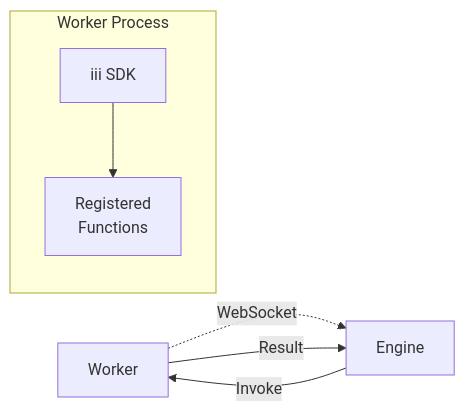
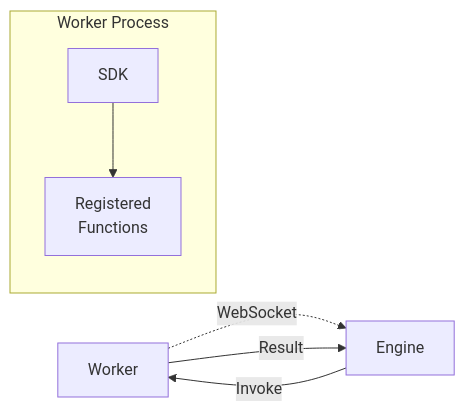
One commit to iii-hq/docs changed the first of 3 diagrams in content/workers.mdx. Above: the diagram before and after it, drawn with Mermaid. The commit also changed other lines of this file and 91 other files, not shown here.

````diff
--- a/content/workers.mdx
+++ b/content/workers.mdx
@@ -22,12 +22,12 @@
 ```mermaid
 graph LR
     Worker[Worker] -.->|WebSocket| Engine[Engine]
     Engine -->|Invoke| Worker
     Worker -->|Result| Engine
 
     subgraph "Worker Process"
-        SDK[iii SDK]
+        SDK[SDK]
         Functions[Registered<br/>Functions]
         SDK --> Functions
     end
 ```
````
